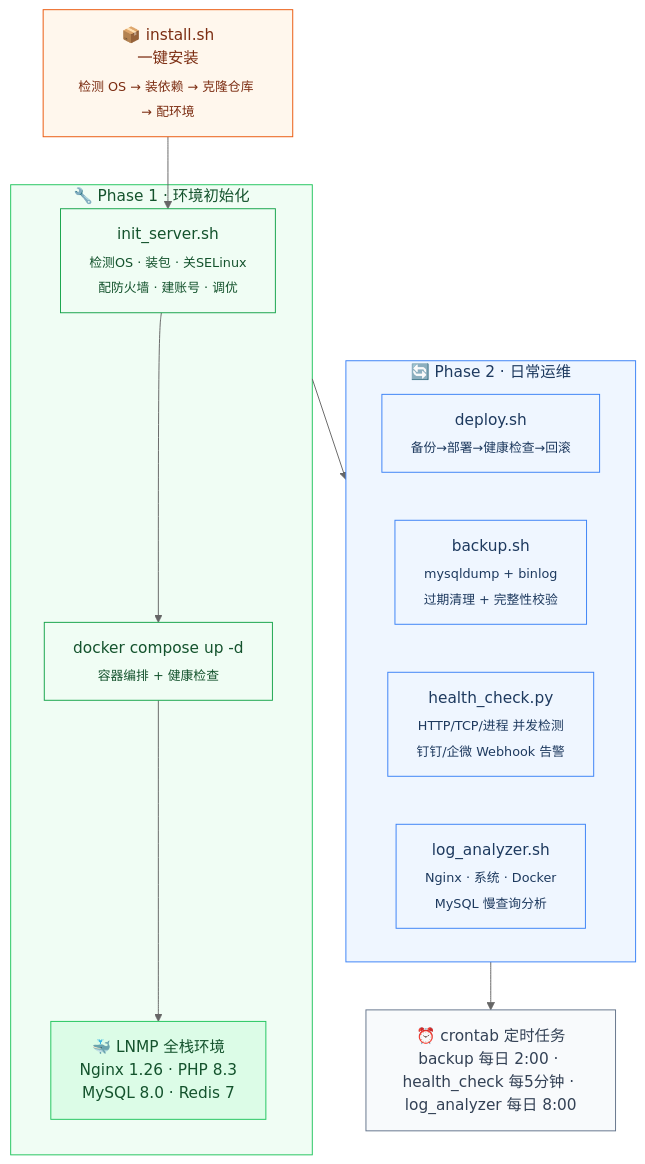
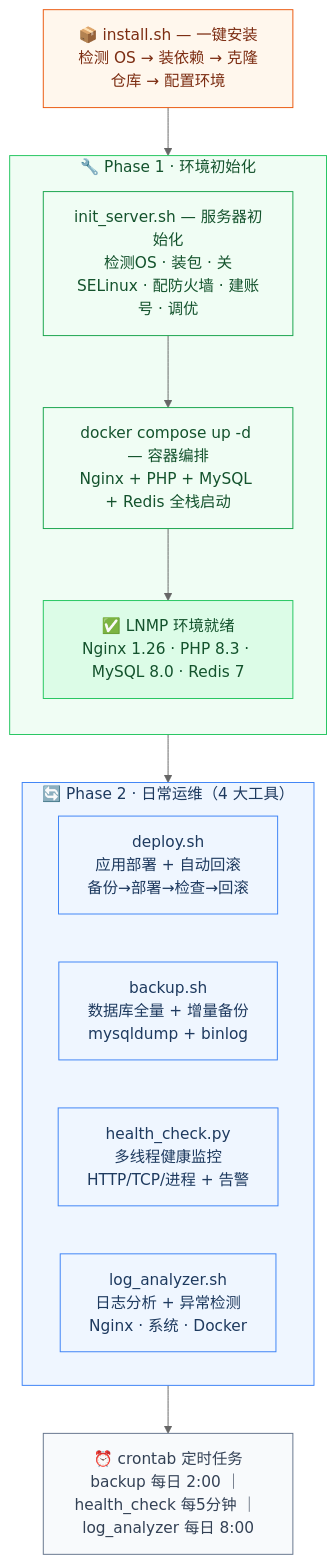
The diagram in README.md (lzkzzz/server-deploy-toolkit), drawn with Mermaid (neutral theme) before and after one commit.

Commit message:
docs: Mermaid 图对齐优化 — 统一节点大小、两行文字、布局规整

````diff
--- a/README.md
+++ b/README.md
@@ -62,34 +62,38 @@
 ```mermaid
-flowchart TD
-    A["📦 install.sh<br/>一键安装<br/><sub>检测 OS → 装依赖 → 克隆仓库 → 配环境</sub>"] --> B
+flowchart TB
+    A["📦 install.sh — 一键安装<br/>检测 OS → 装依赖 → 克隆仓库 → 配置环境"] --> B
 
-    subgraph P1["　🔧 Phase 1 · 环境初始化　"]
-        B["init_server.sh<br/><sub>检测OS · 装包 · 关SELinux</sub><br/><sub>配防火墙 · 建账号 · 调优</sub>"] --> C
-        C["docker compose up -d<br/><sub>容器编排 + 健康检查</sub>"]
-        C --> D["🐳 LNMP 全栈环境<br/>Nginx 1.26 · PHP 8.3<br/>MySQL 8.0 · Redis 7"]
+    subgraph P1["🔧 Phase 1 · 环境初始化"]
+        direction TB
+        B["init_server.sh — 服务器初始化<br/>检测OS · 装包 · 关SELinux · 配防火墙 · 建账号 · 调优"]
+        C["docker compose up -d — 容器编排<br/>Nginx + PHP + MySQL + Redis 全栈启动"]
+        D["✅ LNMP 环境就绪<br/>Nginx 1.26 · PHP 8.3 · MySQL 8.0 · Redis 7"]
+        B --> C --> D
     end
 
     P1 --> P2
 
-    subgraph P2["　🔄 Phase 2 · 日常运维　"]
+    subgraph P2["🔄 Phase 2 · 日常运维（4 大工具）"]
         direction LR
-        E["deploy.sh<br/><sub>备份→部署→健康检查→回滚</sub>"]
-        F["backup.sh<br/><sub>mysqldump + binlog</sub><br/><sub>过期清理 + 完整性校验</sub>"]
-        G["health_check.py<br/><sub>HTTP/TCP/进程 并发检测</sub><br/><sub>钉钉/企微 Webhook 告警</sub>"]
-        H["log_analyzer.sh<br/><sub>Nginx · 系统 · Docker</sub><br/><sub>MySQL 慢查询分析</sub>"]
+        E["deploy.sh<br/>应用部署 + 自动回滚<br/>备份→部署→检查→回滚"]
+        F["backup.sh<br/>数据库全量 + 增量备份<br/>mysqldump + binlog"]
+        G["health_check.py<br/>多线程健康监控<br/>HTTP/TCP/进程 + 告警"]
+        H["log_analyzer.sh<br/>日志分析 + 异常检测<br/>Nginx · 系统 · Docker"]
     end
 
-    P2 --> CRON["⏰ crontab 定时任务<br/>backup 每日 2:00 · health_check 每5分钟 · log_analyzer 每日 8:00"]
+    P2 --> I
+
+    I["⏰ crontab 定时任务<br/>backup 每日 2:00 ｜ health_check 每5分钟 ｜ log_analyzer 每日 8:00"]
 
     style A fill:#fff7ed,stroke:#ea580c,color:#7c2d12
     style B fill:#f0fdf4,stroke:#16a34a,color:#14532d
     style C fill:#f0fdf4,stroke:#16a34a,color:#14532d
     style D fill:#dcfce7,stroke:#22c55e,color:#14532d
     style P1 fill:#f0fdf4,stroke:#22c55e,color:#14532d
     style E fill:#eff6ff,stroke:#3b82f6,color:#1e3a5f
     style F fill:#eff6ff,stroke:#3b82f6,color:#1e3a5f
     style G fill:#eff6ff,stroke:#3b82f6,color:#1e3a5f
     style H fill:#eff6ff,stroke:#3b82f6,color:#1e3a5f
     style P2 fill:#eff6ff,stroke:#3b82f6,color:#1e3a5f
-    style CRON fill:#f8fafc,stroke:#64748b,color:#334155
+    style I fill:#f8fafc,stroke:#64748b,color:#334155
 ```
````
